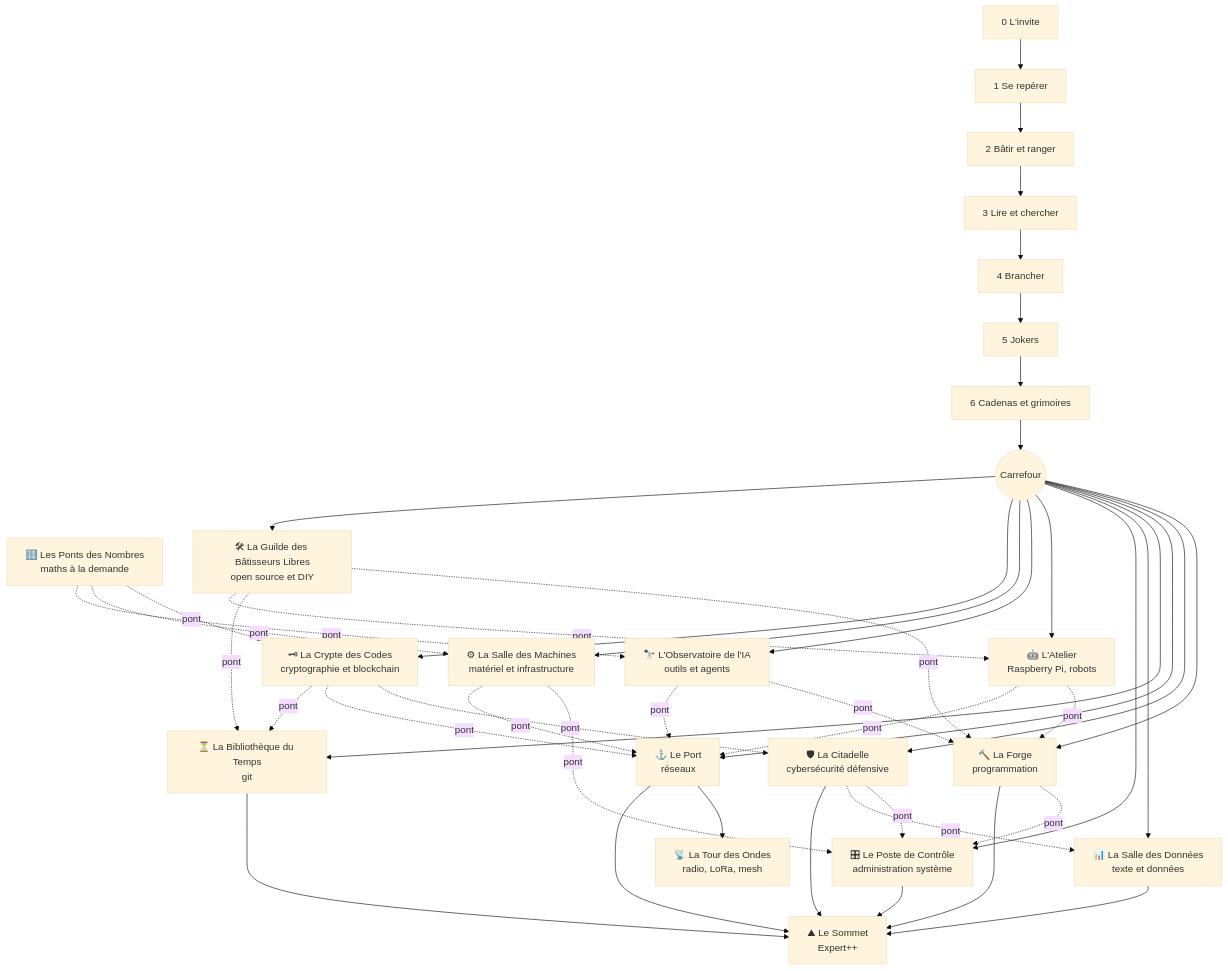
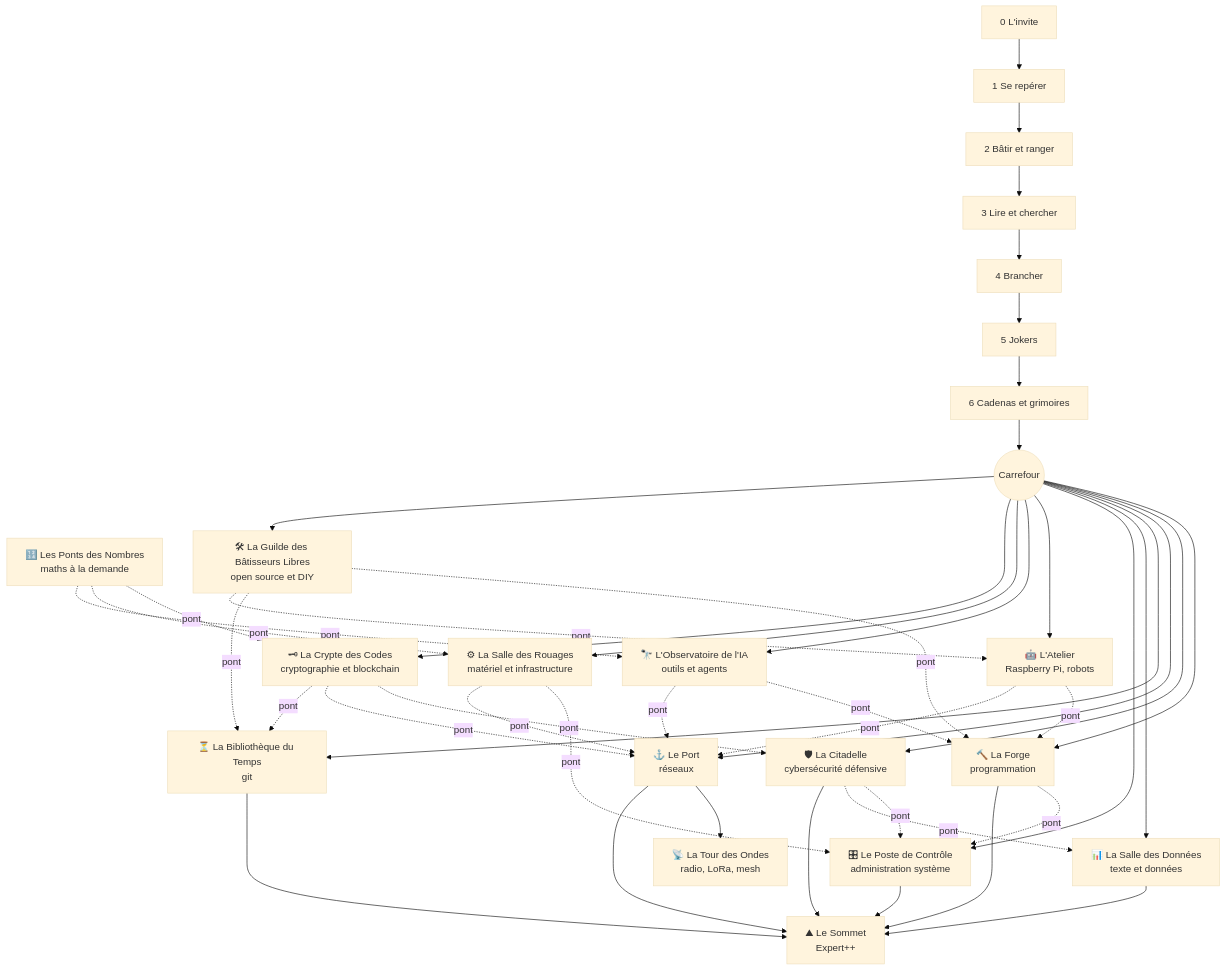
One commit to grecdel/terminagotchi changed the diagram in docs/programme.md. Above: the diagram before and after it, drawn with Mermaid (base theme). The commit also changed other lines of this file and 60 other files, not shown here.

````diff
--- a/docs/programme.md
+++ b/docs/programme.md
@@ -524,37 +524,37 @@
 ```mermaid
 flowchart TD
     N0[0 L'invite] --> N1[1 Se repérer] --> N2[2 Bâtir et ranger] --> N3[3 Lire et chercher]
     N3 --> N4[4 Brancher] --> N5[5 Jokers] --> N6[6 Cadenas et grimoires]
     N6 --> X((Carrefour))
     X --> FORGE[🔨 La Forge<br/>programmation]
     X --> CIT[🛡 La Citadelle<br/>cybersécurité défensive]
     X --> PORT[⚓ Le Port<br/>réseaux]
     X --> TEMPS[⏳ La Bibliothèque du Temps<br/>git]
     X --> DATA[📊 La Salle des Données<br/>texte et données]
     X --> CTRL[🎛 Le Poste de Contrôle<br/>administration système]
     X --> ATEL[🤖 L'Atelier<br/>Raspberry Pi, robots]
     X --> IA[🔭 L'Observatoire de l'IA<br/>outils et agents]
-    X --> MACH[⚙ La Salle des Machines<br/>matériel et infrastructure]
+    X --> MACH[⚙ La Salle des Rouages<br/>matériel et infrastructure]
     MACH -. pont .-> CTRL
     MACH -. pont .-> PORT
     X --> CRYPTE[🗝 La Crypte des Codes<br/>cryptographie et blockchain]
     CRYPTE -. pont .-> CIT
     CRYPTE -. pont .-> PORT
     CRYPTE -. pont .-> TEMPS
     MATHS[🔢 Les Ponts des Nombres<br/>maths à la demande] -. pont .-> CRYPTE
     MATHS -. pont .-> MACH
     MATHS -. pont .-> IA
     PORT --> ONDES[📡 La Tour des Ondes<br/>radio, LoRa, mesh]
     X --> GUILDE[🛠 La Guilde des Bâtisseurs Libres<br/>open source et DIY]
     GUILDE -. pont .-> FORGE
     GUILDE -. pont .-> TEMPS
     GUILDE -. pont .-> ATEL
     FORGE -. pont .-> CTRL
     CIT -. pont .-> CTRL
     CIT -. pont .-> DATA
     ATEL -. pont .-> FORGE
     ATEL -. pont .-> PORT
     IA -. pont .-> FORGE
     IA -. pont .-> PORT
     FORGE & CIT & PORT & TEMPS & DATA & CTRL --> SOMMET[⛰ Le Sommet<br/>Expert++]
 ```
````
